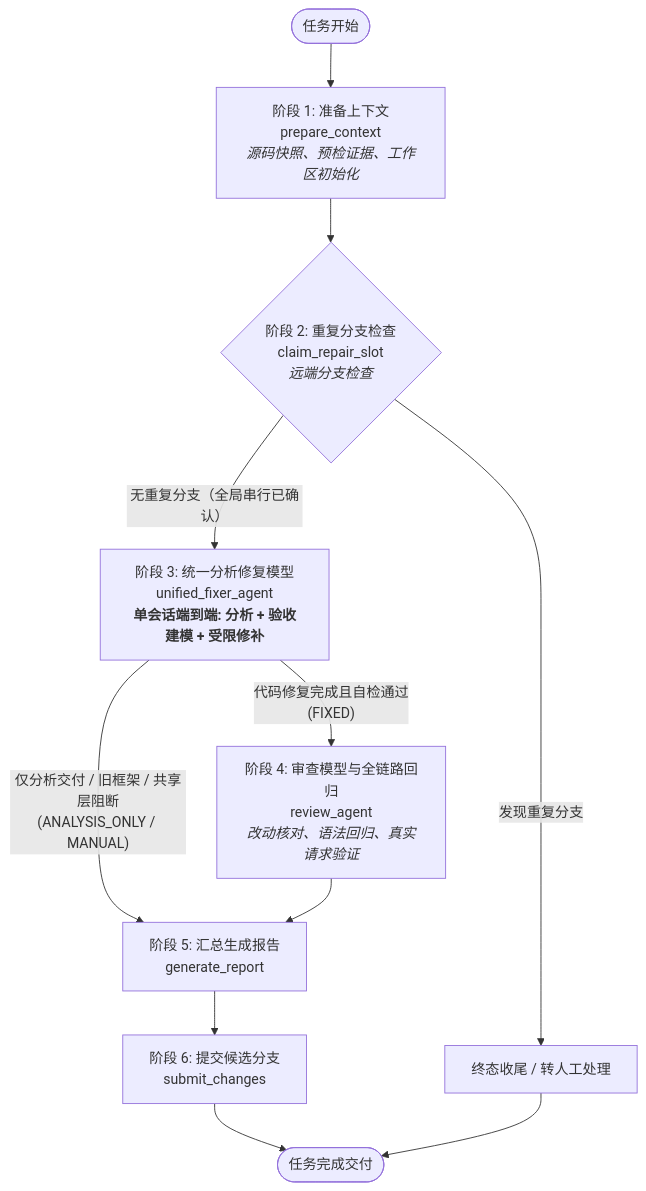
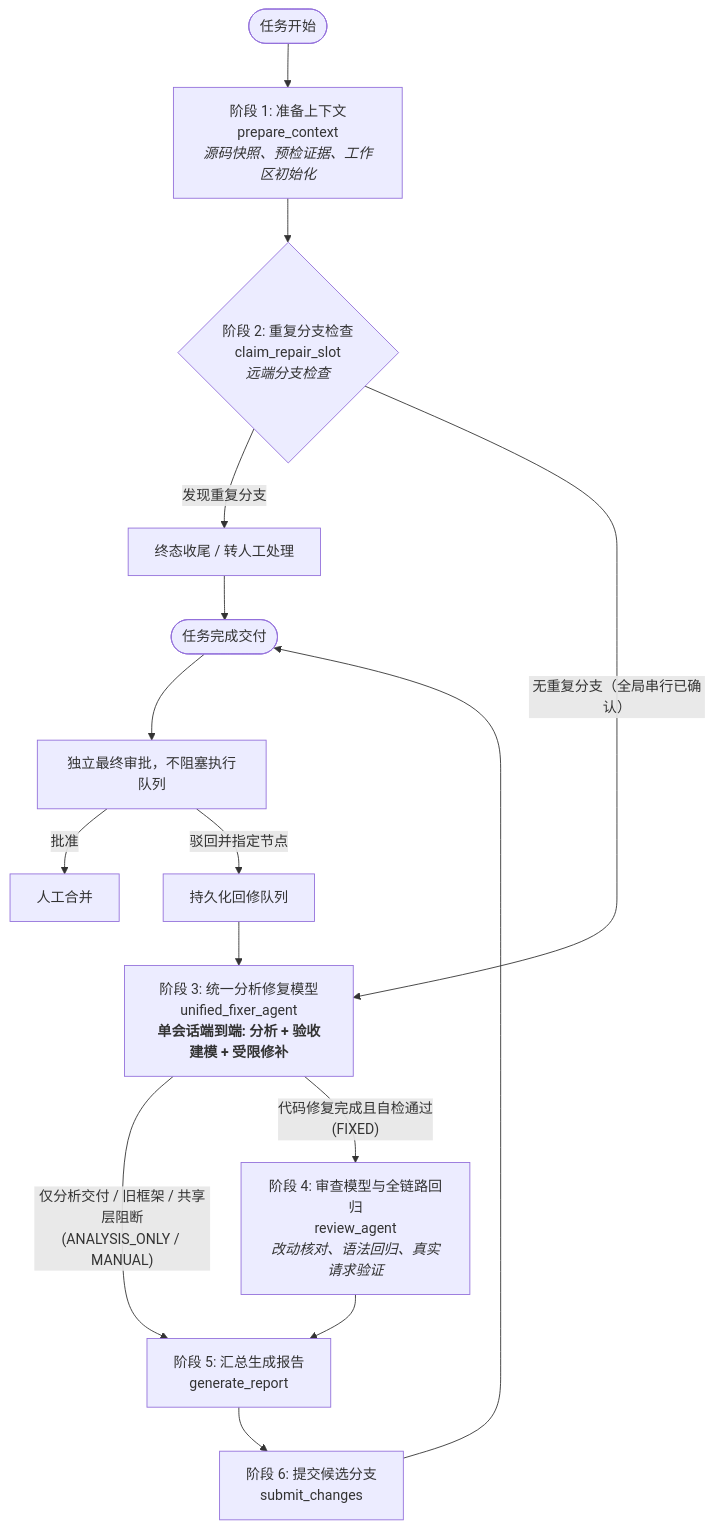
The first of 2 diagrams in README.md (zqy1023/ai-bug-fix), drawn with Mermaid before and after one commit. The commit also changed other lines of this file and 80 other files, not shown here.

First line of the commit message:
fix: close workflow retry, approval and acceptance gaps (#31)

````diff
--- a/README.md
+++ b/README.md
@@ -11,21 +11,25 @@
 ```mermaid
 flowchart TD
     Start([任务开始]) --> S1[阶段 1: 准备上下文<br/>prepare_context<br/><i>源码快照、预检证据、工作区初始化</i>]
     
     S1 --> S2{阶段 2: 重复分支检查<br/>claim_repair_slot<br/><i>远端分支检查</i>}
     
     S2 -- "发现重复分支" --> EndManual[终态收尾 / 转人工处理]
     
     S2 -- "无重复分支（全局串行已确认）" --> S3[阶段 3: 统一分析修复模型<br/>unified_fixer_agent<br/><b>单会话端到端: 分析 + 验收建模 + 受限修补</b>]
     
     S3 -- "仅分析交付 / 旧框架 / 共享层阻断<br/>(ANALYSIS_ONLY / MANUAL)" --> S5[阶段 5: 汇总生成报告<br/>generate_report]
     
     S3 -- "代码修复完成且自检通过<br/>(FIXED)" --> S4[阶段 4: 审查模型与全链路回归<br/>review_agent<br/><i>改动核对、语法回归、真实请求验证</i>]
     
     S4 --> S5
     
     S5 --> S6[阶段 6: 提交候选分支<br/>submit_changes]
     
     S6 --> End([任务完成交付])
+    End --> Approval[独立最终审批，不阻塞执行队列]
+    Approval -- 批准 --> Merge[人工合并]
+    Approval -- 驳回并指定节点 --> Retry[持久化回修队列]
+    Retry --> S3
     EndManual --> End
 ```
````
